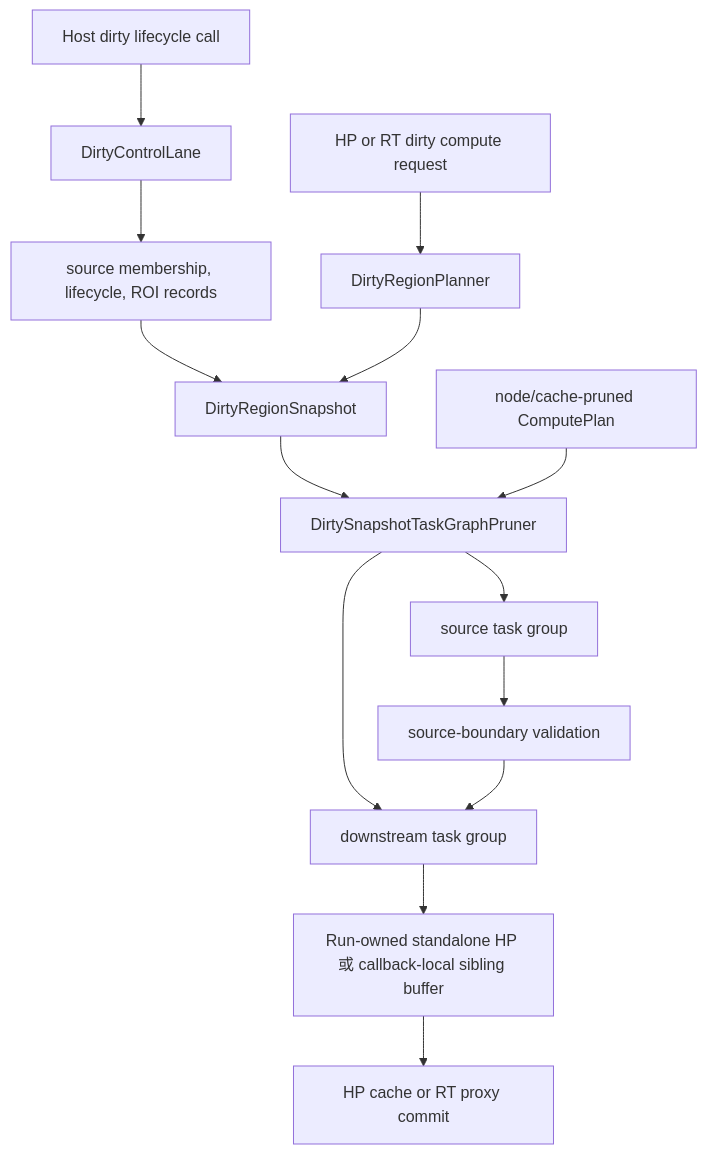
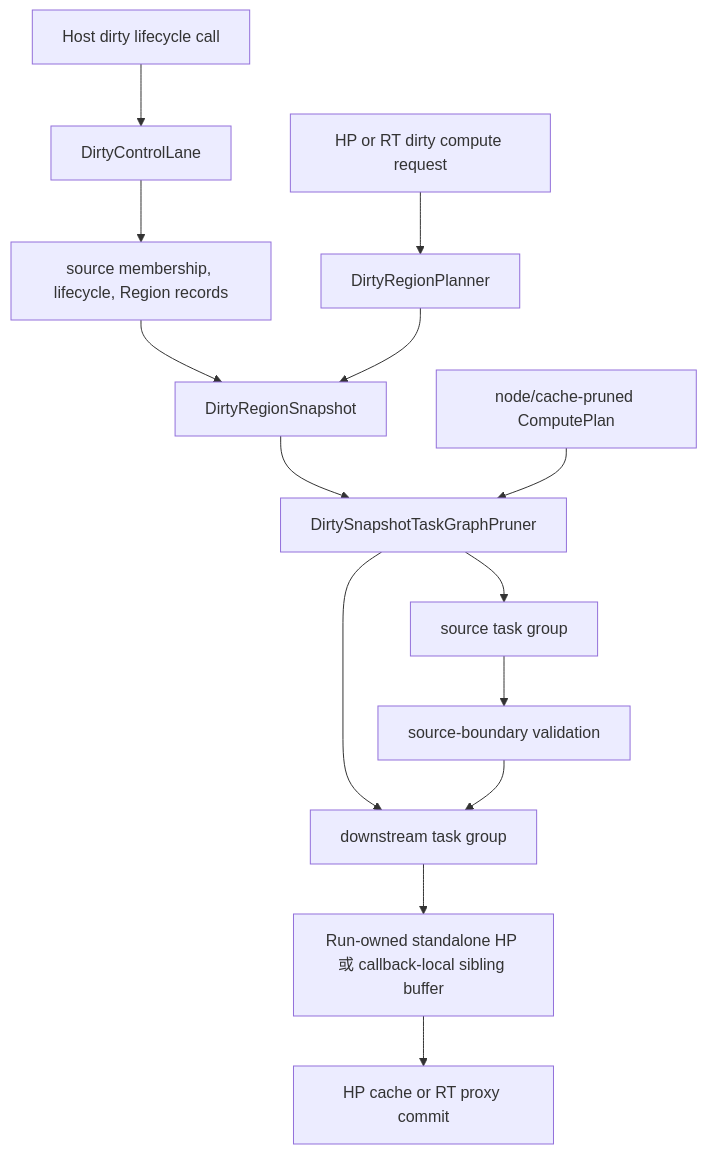
One commit to kevin-zf1123/photospider changed the diagram in docs/kernel-architecture/zh/Dirty-Region-Propagation.zh.md. Above: the diagram before and after it, drawn with Mermaid. The commit also changed other lines of this file and 75 other files, not shown here.

````diff
--- a/docs/kernel-architecture/zh/Dirty-Region-Propagation.zh.md
+++ b/docs/kernel-architecture/zh/Dirty-Region-Propagation.zh.md
@@ -43,17 +45,17 @@
 ```mermaid
 flowchart TD
   EVENT["Host dirty lifecycle call"] --> LANE["DirtyControlLane"]
-  LANE --> FACTS["source membership, lifecycle, ROI records"]
+  LANE --> FACTS["source membership, lifecycle, Region records"]
   FACTS --> SNAPSHOT["DirtyRegionSnapshot"]
 
   REQUEST["HP or RT dirty compute request"] --> PLAN["DirtyRegionPlanner"]
   PLAN --> SNAPSHOT
   SNAPSHOT --> SELECT["DirtySnapshotTaskGraphPruner"]
   STATIC["node/cache-pruned ComputePlan"] --> SELECT
   SELECT --> SOURCE["source task group"]
   SELECT --> DOWNSTREAM["downstream task group"]
   SOURCE --> VALIDATE["source-boundary validation"]
   VALIDATE --> DOWNSTREAM
   DOWNSTREAM --> STAGE["Run-owned standalone HP 或 callback-local sibling buffer"]
   STAGE --> COMMIT["HP cache or RT proxy commit"]
 ```
````
